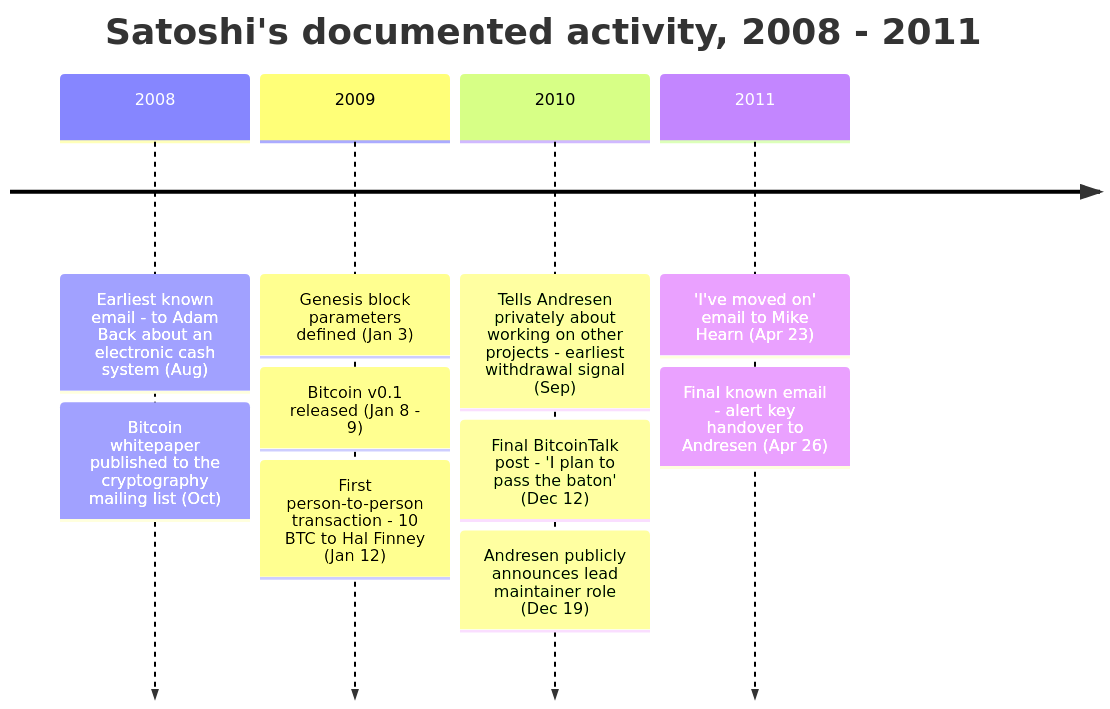
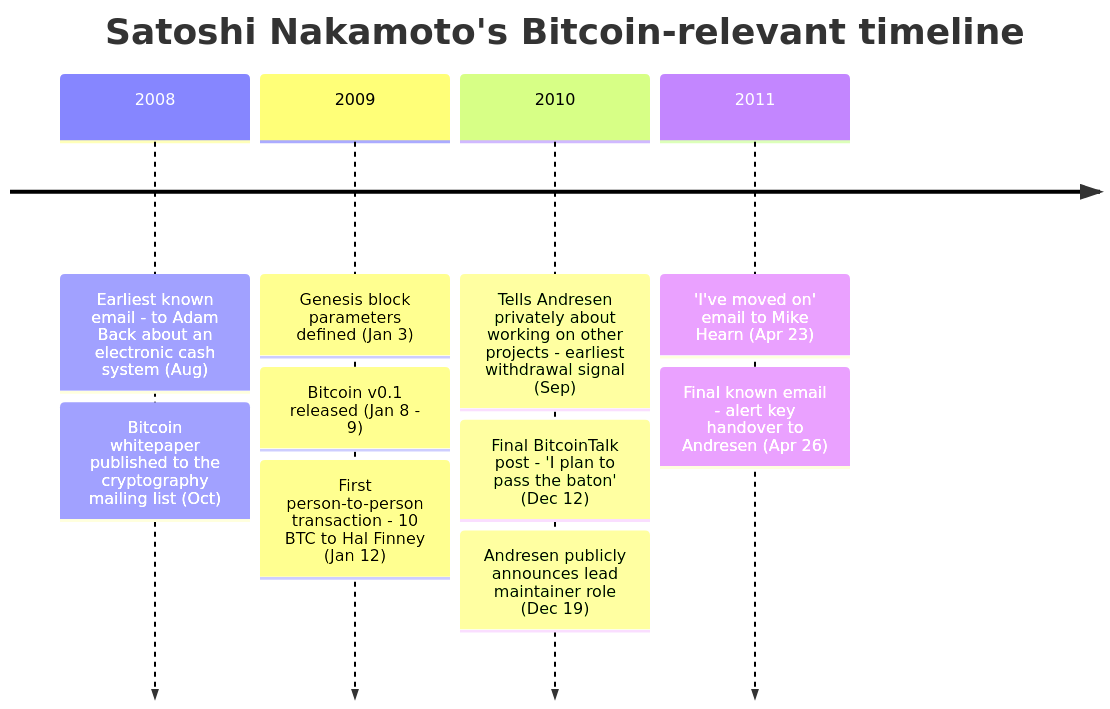
Before and after one commit to cypher256/BitcoinArchive: the diagram in src/data/entries/en/aftermath/2008-10-31-satoshi-nakamoto-biography.md, drawn with Mermaid. The commit also changed 104 other files, not shown here.

````diff
--- a/src/data/entries/en/aftermath/2008-10-31-satoshi-nakamoto-biography.md
+++ b/src/data/entries/en/aftermath/2008-10-31-satoshi-nakamoto-biography.md
@@ -59,14 +59,14 @@
 ```mermaid
 timeline
-    title Satoshi's documented activity, 2008 - 2011
+    title Satoshi Nakamoto's Bitcoin-relevant timeline
     2008 : Earliest known email - to Adam Back about an electronic cash system (Aug)
          : Bitcoin whitepaper published to the cryptography mailing list (Oct)
     2009 : Genesis block parameters defined (Jan 3)
          : Bitcoin v0.1 released (Jan 8 - 9)
          : First person-to-person transaction - 10 BTC to Hal Finney (Jan 12)
     2010 : Tells Andresen privately about working on other projects - earliest withdrawal signal (Sep)
          : Final BitcoinTalk post - 'I plan to pass the baton' (Dec 12)
          : Andresen publicly announces lead maintainer role (Dec 19)
     2011 : 'I've moved on' email to Mike Hearn (Apr 23)
          : Final known email - alert key handover to Andresen (Apr 26)
 ```
````
